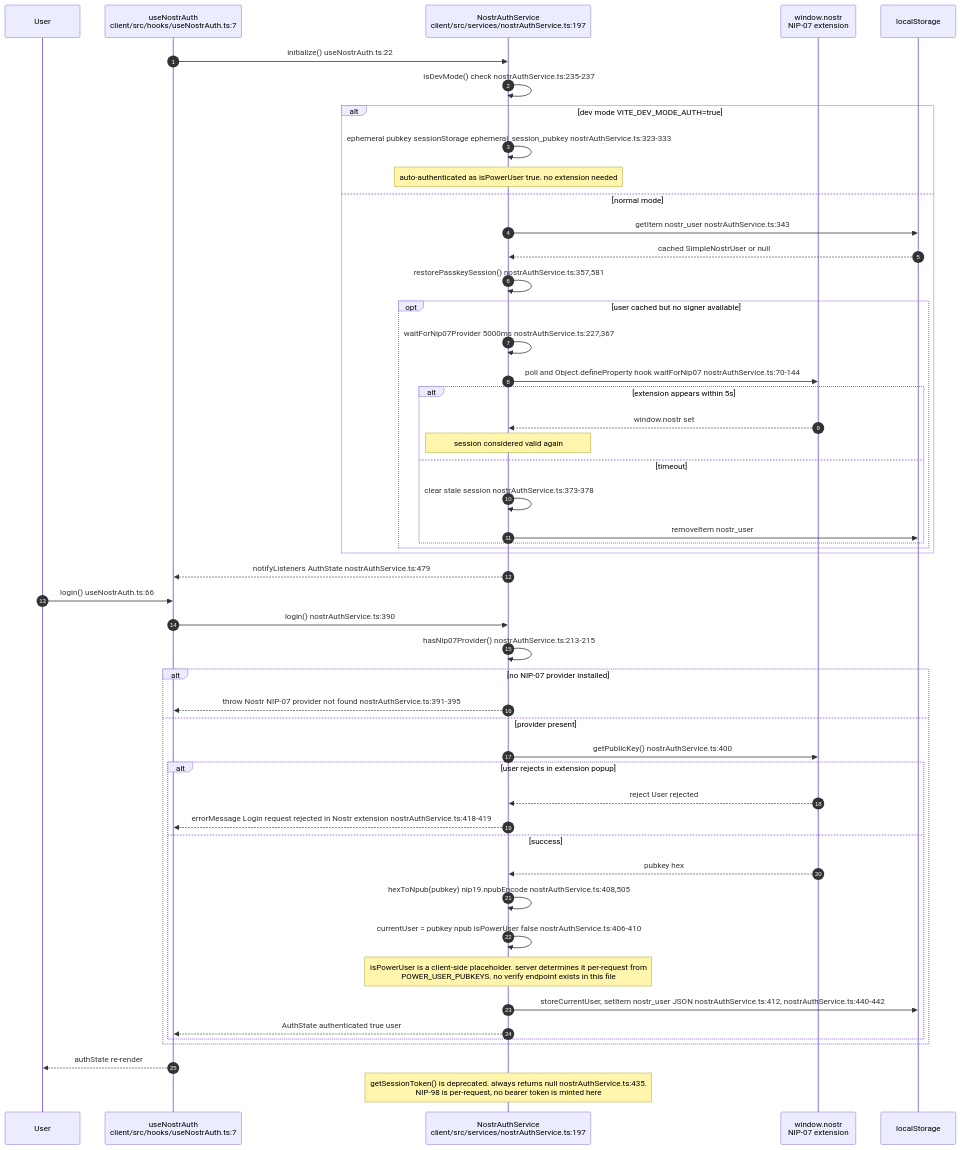
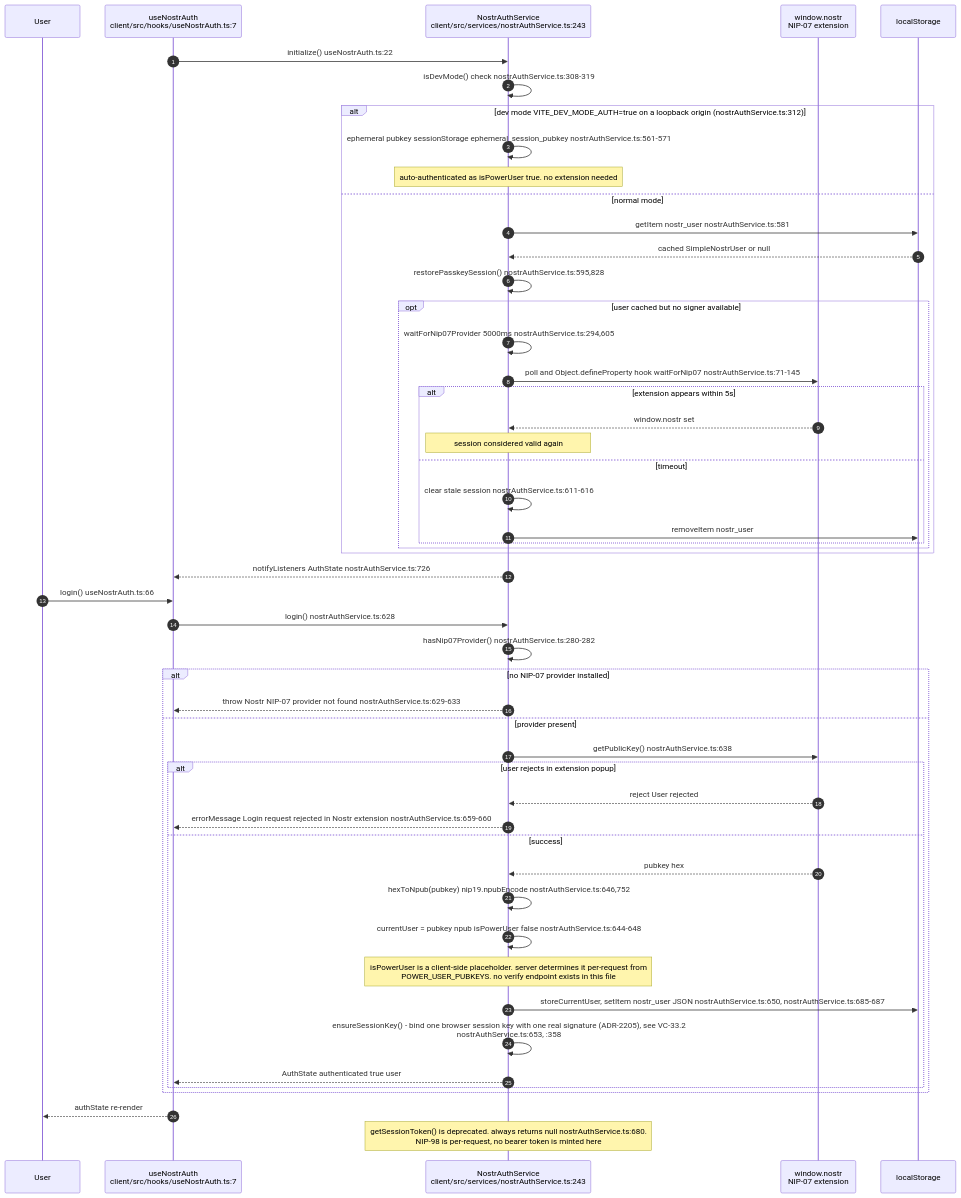
One commit to DreamLab-AI/VisionFlow changed the first of 8 diagrams in docs/diagrams/visionclaw/33-client-auth-and-identity.md. Above: the diagram before and after it, drawn with Mermaid. The commit also changed other lines of this file and 7 other files, not shown here.

First line of the commit message:
diagrams(visionclaw): re-verify VC-25..28 and VC-30..33 at visionclaw 4900ec60b, agentbox 59b1aca1c

````diff
--- a/docs/diagrams/visionclaw/33-client-auth-and-identity.md
+++ b/docs/diagrams/visionclaw/33-client-auth-and-identity.md
@@ -52,54 +52,55 @@
 ```mermaid
 sequenceDiagram
     autonumber
     participant U as User
     participant H as useNostrAuth<br/>client/src/hooks/useNostrAuth.ts:7
-    participant NA as NostrAuthService<br/>client/src/services/nostrAuthService.ts:197
+    participant NA as NostrAuthService<br/>client/src/services/nostrAuthService.ts:243
     participant EXT as window.nostr<br/>NIP-07 extension
     participant LS as localStorage
 
     H->>NA: initialize() useNostrAuth.ts:22
-    NA->>NA: isDevMode() check nostrAuthService.ts:235-237
-    alt dev mode VITE_DEV_MODE_AUTH=true
-        NA->>NA: ephemeral pubkey sessionStorage ephemeral_session_pubkey nostrAuthService.ts:323-333
+    NA->>NA: isDevMode() check nostrAuthService.ts:308-319
+    alt dev mode VITE_DEV_MODE_AUTH=true on a loopback origin (nostrAuthService.ts:312)
+        NA->>NA: ephemeral pubkey sessionStorage ephemeral_session_pubkey nostrAuthService.ts:561-571
         Note over NA: auto-authenticated as isPowerUser true. no extension needed
     else normal mode
-        NA->>LS: getItem nostr_user nostrAuthService.ts:343
+        NA->>LS: getItem nostr_user nostrAuthService.ts:581
         LS-->>NA: cached SimpleNostrUser or null
-        NA->>NA: restorePasskeySession() nostrAuthService.ts:357,581
+        NA->>NA: restorePasskeySession() nostrAuthService.ts:595,828
         opt user cached but no signer available
-            NA->>NA: waitForNip07Provider 5000ms nostrAuthService.ts:227,367
-            NA->>EXT: poll and Object.defineProperty hook waitForNip07 nostrAuthService.ts:70-144
+            NA->>NA: waitForNip07Provider 5000ms nostrAuthService.ts:294,605
+            NA->>EXT: poll and Object.defineProperty hook waitForNip07 nostrAuthService.ts:71-145
             alt extension appears within 5s
                 EXT-->>NA: window.nostr set
                 Note over NA: session considered valid again
             else timeout
-                NA->>NA: clear stale session nostrAuthService.ts:373-378
+                NA->>NA: clear stale session nostrAuthService.ts:611-616
                 NA->>LS: removeItem nostr_user
             end
         end
     end
-    NA-->>H: notifyListeners AuthState nostrAuthService.ts:479
+    NA-->>H: notifyListeners AuthState nostrAuthService.ts:726
 
     U->>H: login() useNostrAuth.ts:66
-    H->>NA: login() nostrAuthService.ts:390
-    NA->>NA: hasNip07Provider() nostrAuthService.ts:213-215
+    H->>NA: login() nostrAuthService.ts:628
+    NA->>NA: hasNip07Provider() nostrAuthService.ts:280-282
     alt no NIP-07 provider installed
-        NA-->>H: throw Nostr NIP-07 provider not found nostrAuthService.ts:391-395
+        NA-->>H: throw Nostr NIP-07 provider not found nostrAuthService.ts:629-633
     else provider present
-        NA->>EXT: getPublicKey() nostrAuthService.ts:400
+        NA->>EXT: getPublicKey() nostrAuthService.ts:638
         alt user rejects in extension popup
             EXT-->>NA: reject User rejected
-            NA-->>H: errorMessage Login request rejected in Nostr extension nostrAuthService.ts:418-419
+            NA-->>H: errorMessage Login request rejected in Nostr extension nostrAuthService.ts:659-660
         else success
             EXT-->>NA: pubkey hex
-            NA->>NA: hexToNpub(pubkey) nip19.npubEncode nostrAuthService.ts:408,505
-            NA->>NA: currentUser = pubkey npub isPowerUser false nostrAuthService.ts:406-410
+            NA->>NA: hexToNpub(pubkey) nip19.npubEncode nostrAuthService.ts:646,752
+            NA->>NA: currentUser = pubkey npub isPowerUser false nostrAuthService.ts:644-648
             Note over NA: isPowerUser is a client-side placeholder. server determines it per-request from<br/>POWER_USER_PUBKEYS. no verify endpoint exists in this file
-            NA->>LS: storeCurrentUser, setItem nostr_user JSON nostrAuthService.ts:412, nostrAuthService.ts:440-442
+            NA->>LS: storeCurrentUser, setItem nostr_user JSON nostrAuthService.ts:650, nostrAuthService.ts:685-687
+            NA->>NA: ensureSessionKey() - bind one browser session key with one real signature (ADR-2205), see VC-33.2<br/>nostrAuthService.ts:653, :358
             NA-->>H: AuthState authenticated true user
         end
     end
     H-->>U: authState re-render
-    Note over NA: getSessionToken() is deprecated. always returns null nostrAuthService.ts:435.<br/>NIP-98 is per-request, no bearer token is minted here
+    Note over NA: getSessionToken() is deprecated. always returns null nostrAuthService.ts:680.<br/>NIP-98 is per-request, no bearer token is minted here
 ```
````
